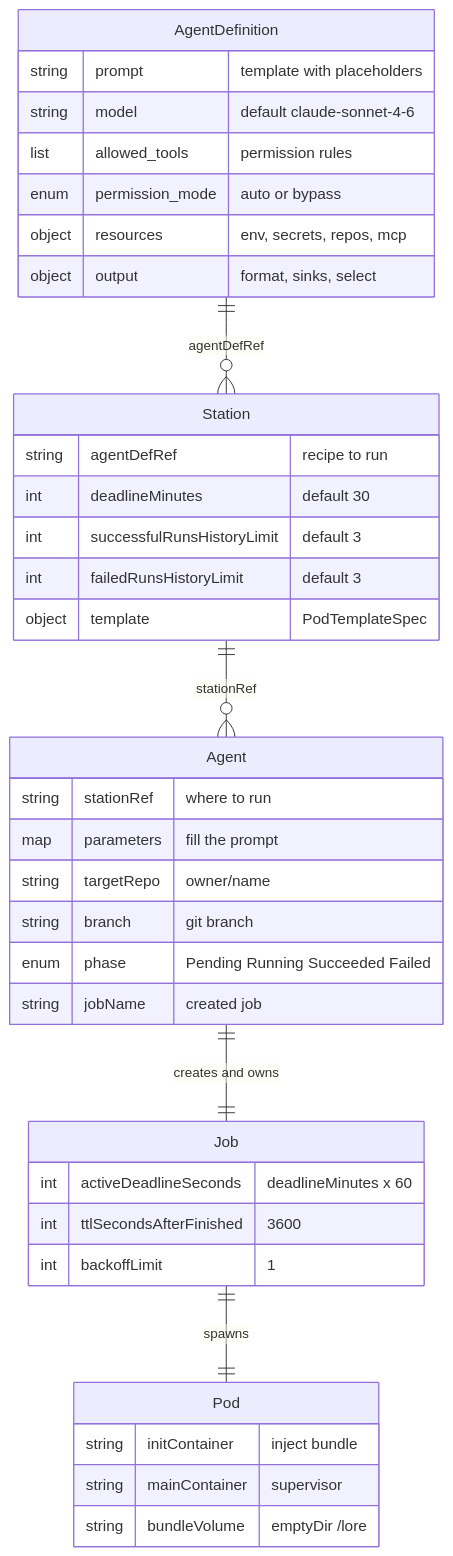
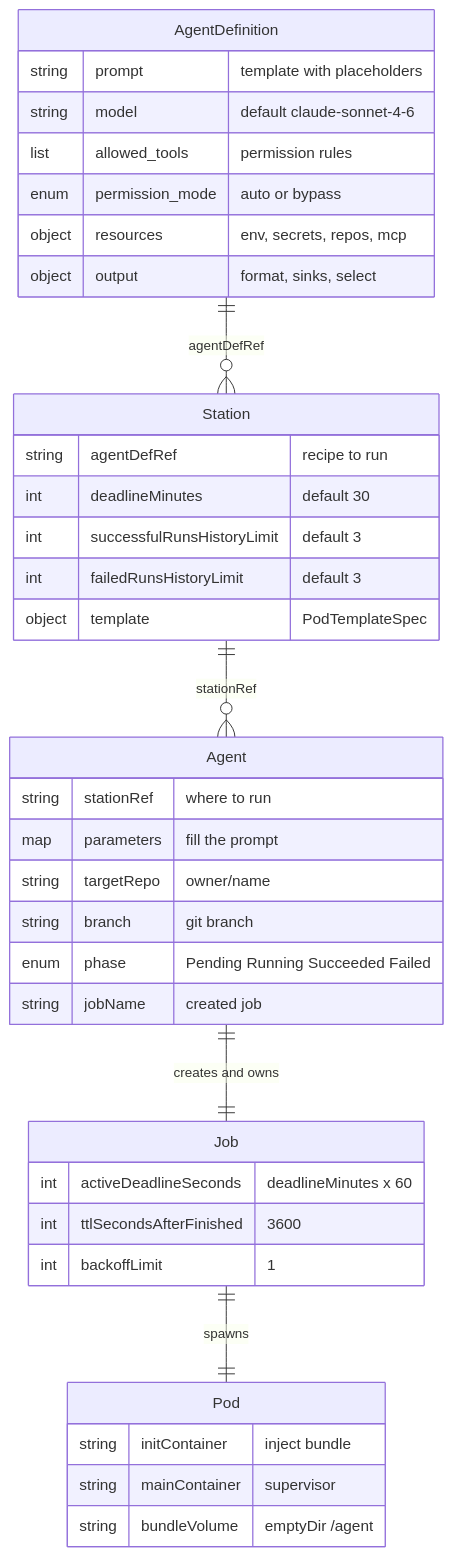
The first of 2 diagrams in website/src/content/docs/concepts/relationships.md (re-cinq/ai-agent-subsystem), drawn with Mermaid before and after one commit. The commit also changed other lines of this file and 22 other files, not shown here.

````diff
--- a/website/src/content/docs/concepts/relationships.md
+++ b/website/src/content/docs/concepts/relationships.md
@@ -14,41 +14,41 @@
 ```mermaid
 erDiagram
     AgentDefinition ||--o{ Station : "agentDefRef"
     Station ||--o{ Agent : "stationRef"
     Agent ||--|| Job : "creates and owns"
     Job ||--|| Pod : "spawns"
 
     AgentDefinition {
         string prompt "template with placeholders"
         string model "default claude-sonnet-4-6"
         list allowed_tools "permission rules"
         enum permission_mode "auto or bypass"
         object resources "env, secrets, repos, mcp"
         object output "format, sinks, select"
     }
     Station {
         string agentDefRef "recipe to run"
         int deadlineMinutes "default 30"
         int successfulRunsHistoryLimit "default 3"
         int failedRunsHistoryLimit "default 3"
         object template "PodTemplateSpec"
     }
     Agent {
         string stationRef "where to run"
         map parameters "fill the prompt"
         string targetRepo "owner/name"
         string branch "git branch"
         enum phase "Pending Running Succeeded Failed"
         string jobName "created job"
     }
     Job {
         int activeDeadlineSeconds "deadlineMinutes x 60"
         int ttlSecondsAfterFinished "3600"
         int backoffLimit "1"
     }
     Pod {
         string initContainer "inject bundle"
         string mainContainer "supervisor"
-        string bundleVolume "emptyDir /lore"
+        string bundleVolume "emptyDir /agent"
     }
 ```
````
